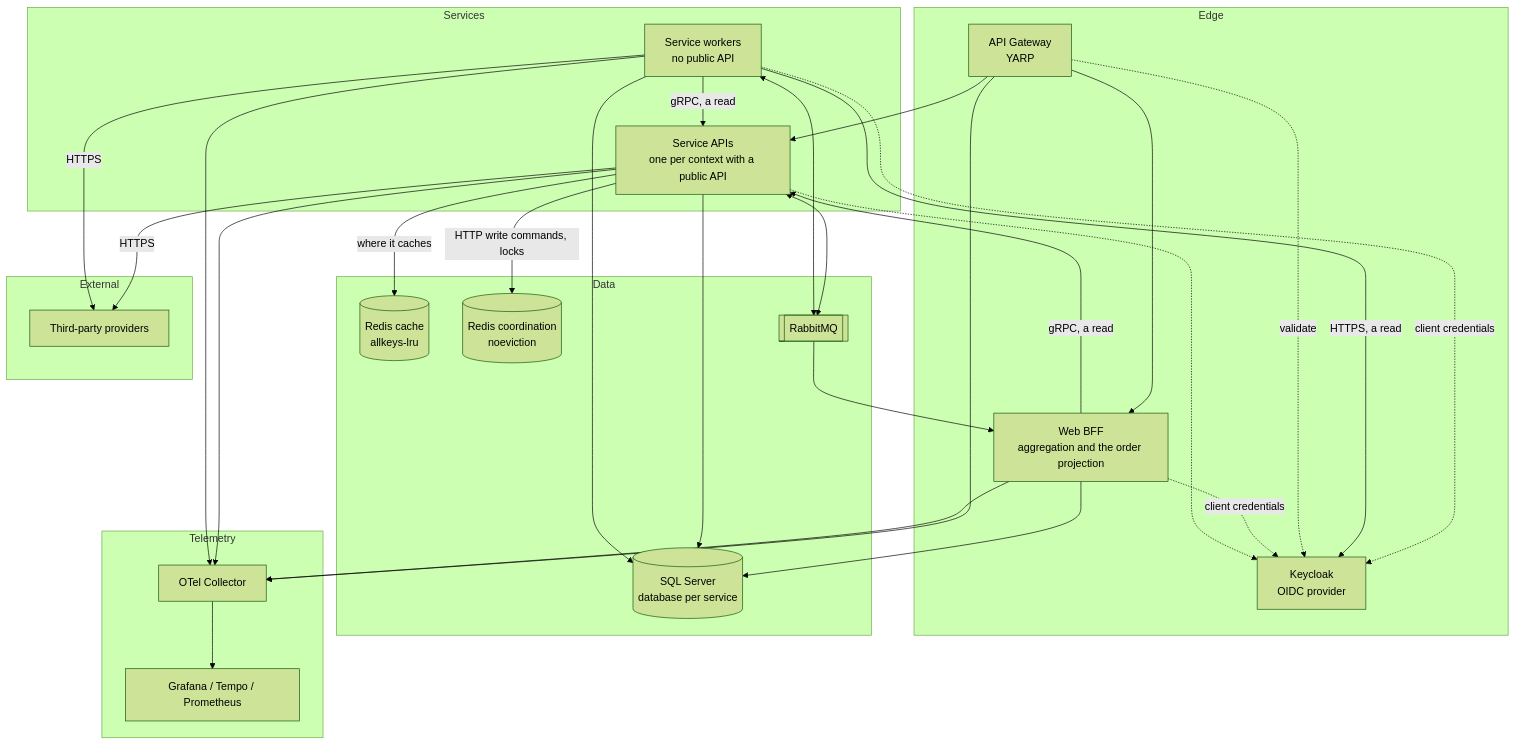
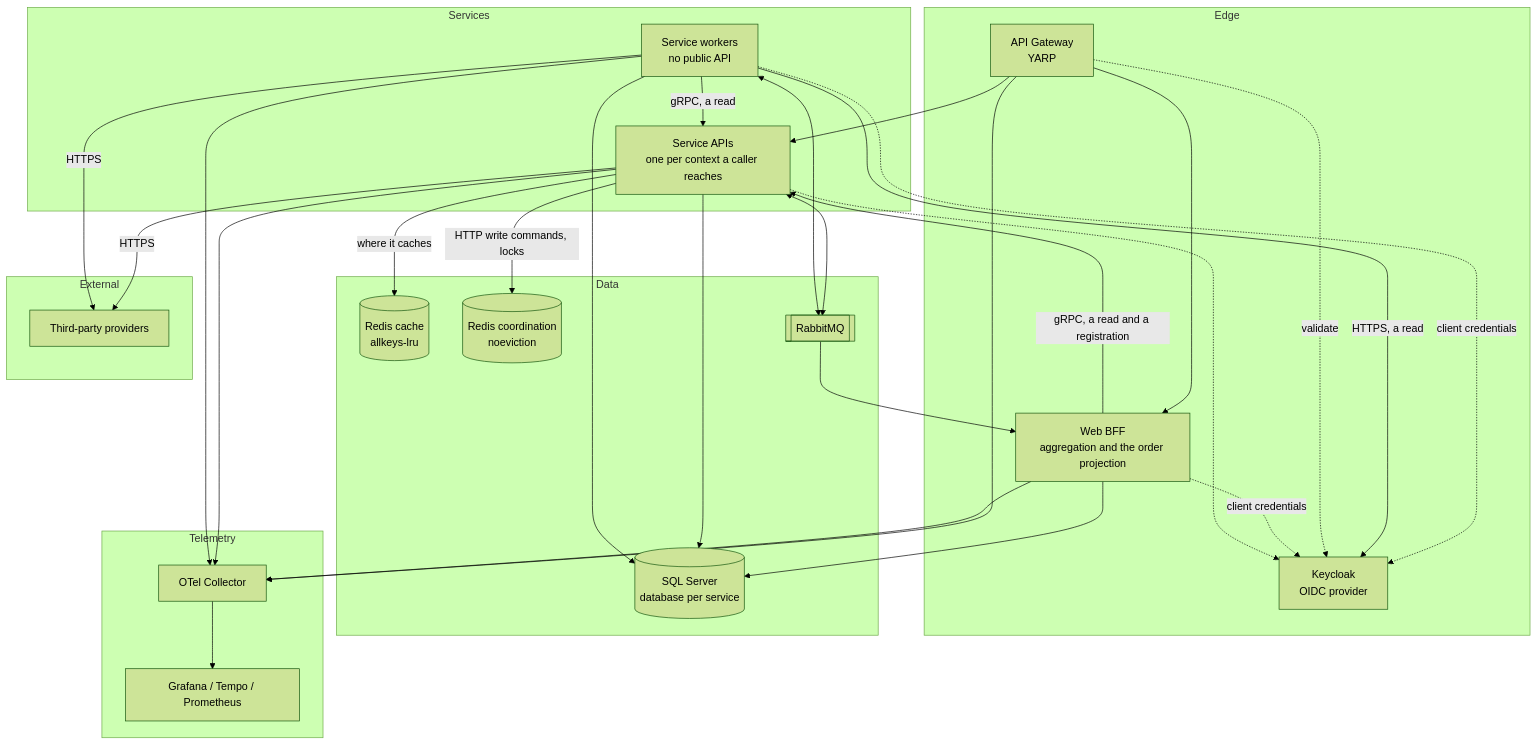
Before and after one commit to alexander-shamray/blueprint-backend: the second of 2 diagrams in docs/backend-architecture/02-architecture-at-a-glance.md, drawn with Mermaid (forest theme). The commit also changed 11 other files, not shown here.

````diff
--- a/docs/backend-architecture/02-architecture-at-a-glance.md
+++ b/docs/backend-architecture/02-architecture-at-a-glance.md
@@ -27,62 +27,62 @@
 ```mermaid
 graph TB
     subgraph Edge
         GW[API Gateway<br/>YARP]
         BFF[Web BFF<br/>aggregation and the order projection]
         IDP[Keycloak<br/>OIDC provider]
     end
 
     subgraph Services
-        API[Service APIs<br/>one per context with a public API]
+        API[Service APIs<br/>one per context a caller reaches]
         WRK[Service workers<br/>no public API]
     end
 
     subgraph Data
         SQL[(SQL Server<br/>database per service)]
         RC[(Redis cache<br/>allkeys-lru)]
         RK[(Redis coordination<br/>noeviction)]
         MQ[[RabbitMQ]]
     end
 
     subgraph Telemetry
         OTEL[OTel Collector]
         GRAF[Grafana / Tempo / Prometheus]
     end
 
     subgraph External
         PSP[Third-party providers]
     end
 
     GW --> API
     GW --> BFF
 
-    BFF -->|gRPC, a read| API
+    BFF -->|gRPC, a read and a registration| API
 
     WRK -->|gRPC, a read| API
     WRK -.->|client credentials| IDP
     WRK -->|HTTPS, a read| IDP
 
     API -->|HTTPS| PSP
     WRK -->|HTTPS| PSP
 
     GW -.->|validate| IDP
     BFF -.->|client credentials| IDP
     API -.-> IDP
 
     API --> SQL
     WRK --> SQL
     BFF --> SQL
 
     API -->|where it caches| RC
     API -->|HTTP write commands, locks| RK
 
     API <--> MQ
     WRK <--> MQ
     MQ --> BFF
 
     API --> OTEL
     WRK --> OTEL
     GW  --> OTEL
     BFF --> OTEL
     OTEL --> GRAF
 ```
````
